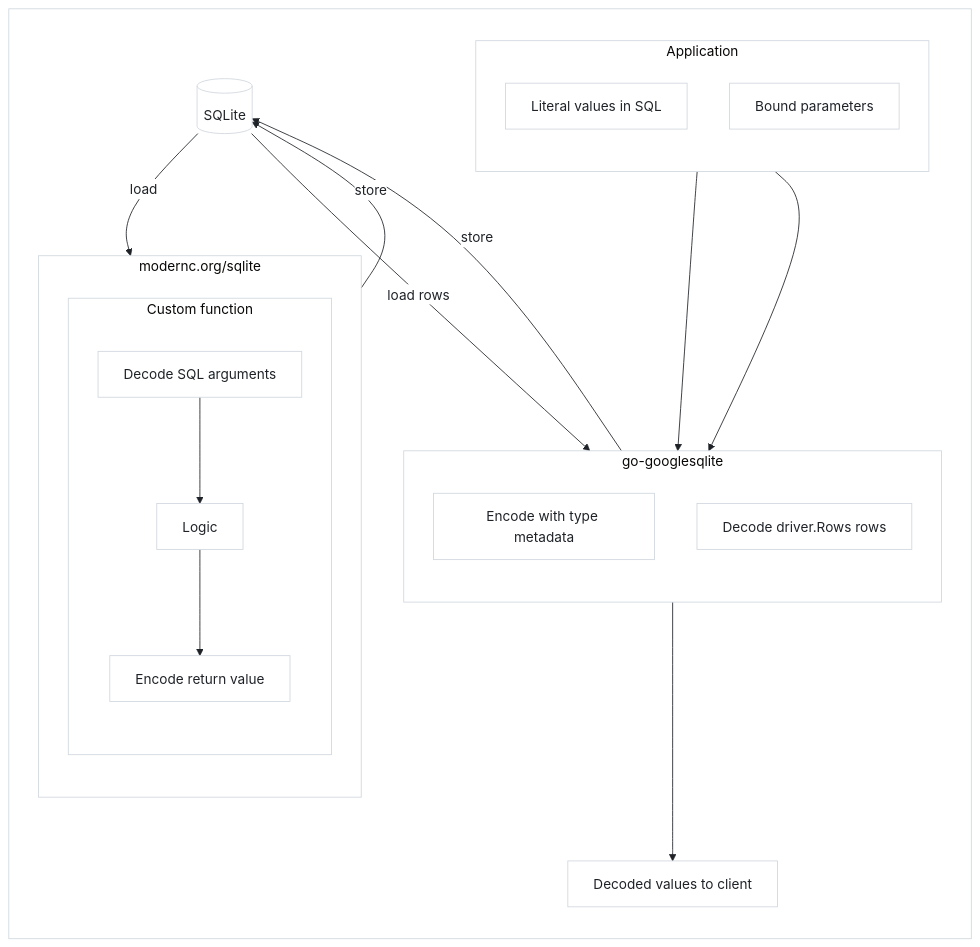
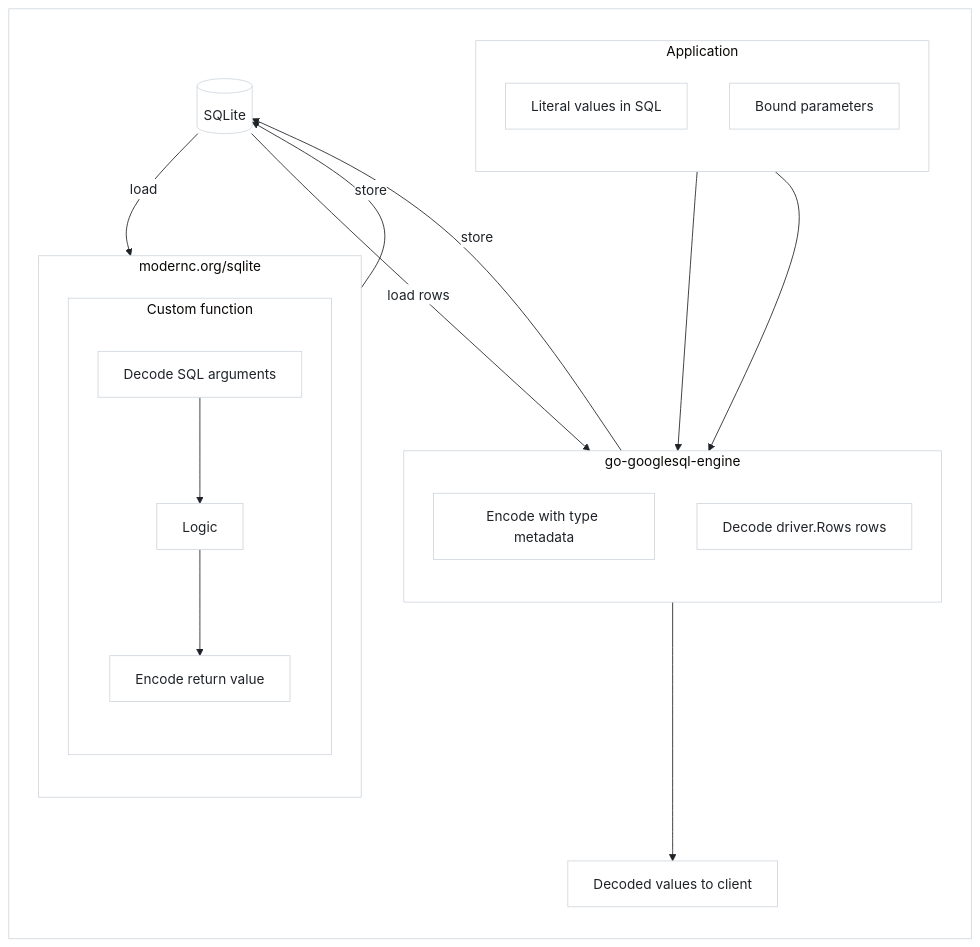
Before and after one commit to vantaboard/bigquery-emulator: the second of 2 diagrams in README.md, drawn with Mermaid. The commit also changed other lines of this file and 34 other files, not shown here.

First line of the commit message:
refactor(stack): rename go-googlesqlite to go-googlesql-engine

````diff
--- a/README.md
+++ b/README.md
@@ -371,58 +371,58 @@
 ```mermaid
 ---
 config:
   theme: base
   themeVariables:
     background: '#ffffff'
     mainBkg: '#ffffff'
     clusterBkg: '#ffffff'
     lineColor: '#1f2328'
     arrowheadColor: '#1f2328'
     primaryTextColor: '#1f2328'
     primaryBorderColor: '#d0d7de'
     clusterBorder: '#d0d7de'
     edgeLabelBackground: '#ffffff'
     edgeLabelColor: '#1f2328'
     secondaryBkg: '#f6f8fa'
     tertiaryColor: '#f6f8fa'
     darkMode: false
 ---
 flowchart TD
   subgraph diagramRoot [" "]
     direction TB
     subgraph inputs [Application]
       direction TB
       lit[Literal values in SQL]
       par[Bound parameters]
     end
 
-    subgraph ggl [go-googlesqlite]
+    subgraph ggl [go-googlesql-engine]
       direction TB
       enc[Encode with type metadata]
       dec[Decode driver.Rows rows]
     end
 
     subgraph mod [modernc.org/sqlite]
       direction TB
       subgraph udf [Custom function]
         direction TB
         da[Decode SQL arguments]
         udfLogic[Logic]
         er[Encode return value]
       end
     end
 
     sq[(SQLite)]
     clientOut[Decoded values to client]
 
     lit --> enc
     par --> enc
     enc -->|store| sq
     sq -->|load rows| dec
     dec --> clientOut
 
     sq -->|load| da
     da --> udfLogic --> er
     er -->|store| sq
   end
 ```
````
